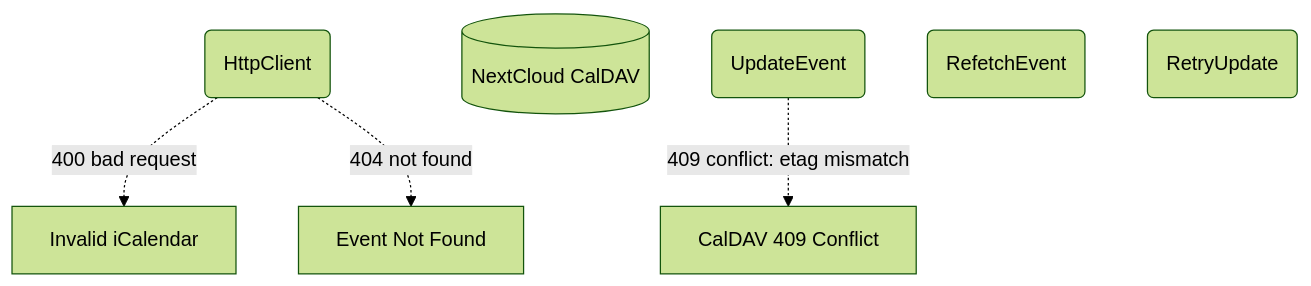
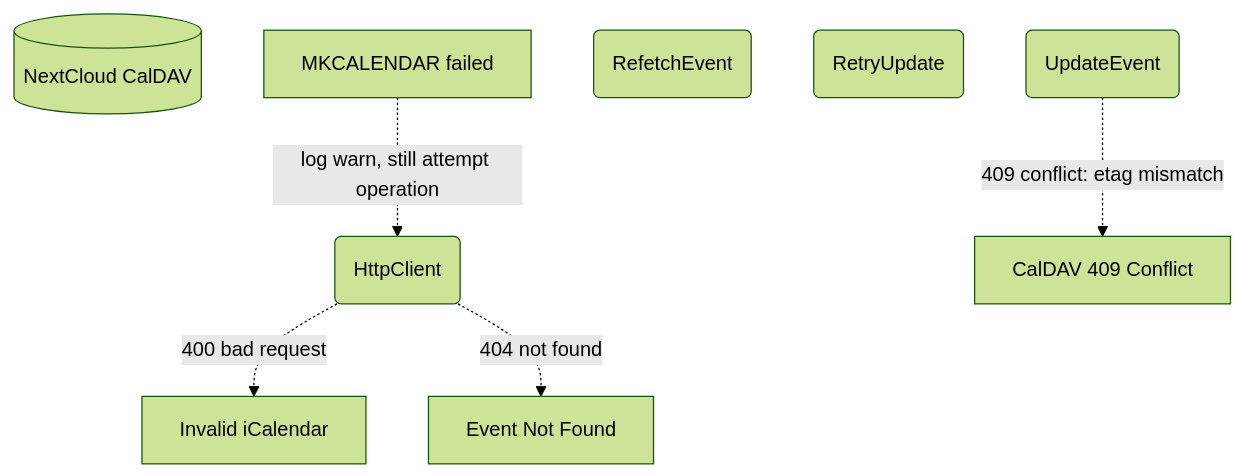
Before and after one commit to cosmoswafer/rockbot: the fourth of 4 diagrams in _dfds/tools/calendar.md, drawn with Mermaid (forest theme). The commit also changed other lines of this file and 6 other files, not shown here.

First line of the commit message:
calendar: per-room calendars with auto-creation via MKCALENDAR

````diff
--- a/_dfds/tools/calendar.md
+++ b/_dfds/tools/calendar.md
@@ -112,15 +142,17 @@
 ```mermaid
 flowchart TD
     HTTP(HttpClient)
     NC[(NextCloud CalDAV)]
     ERR_CONFLICT[CalDAV 409 Conflict]
     ERR_BAD_ICS[Invalid iCalendar]
     ERR_404[Event Not Found]
     CAL_UPD(UpdateEvent)
     CAL_REFETCH(RefetchEvent)
     CAL_RETRY(RetryUpdate)
+    CAL_AUTO_ERR[MKCALENDAR failed]
 
+    CAL_AUTO_ERR -.->|"log warn, still attempt operation"| HTTP
     CAL_UPD -.->|"409 conflict: etag mismatch"| ERR_CONFLICT
     HTTP -.->|"400 bad request"| ERR_BAD_ICS
     HTTP -.->|"404 not found"| ERR_404
 ```
````
